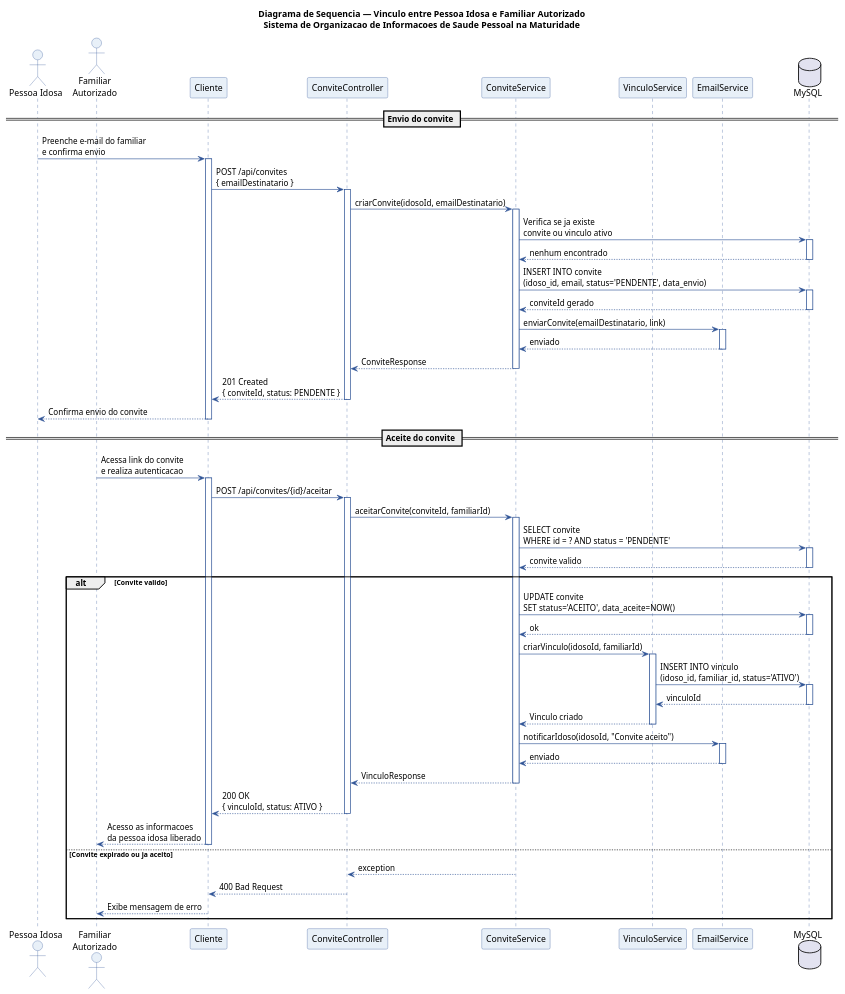
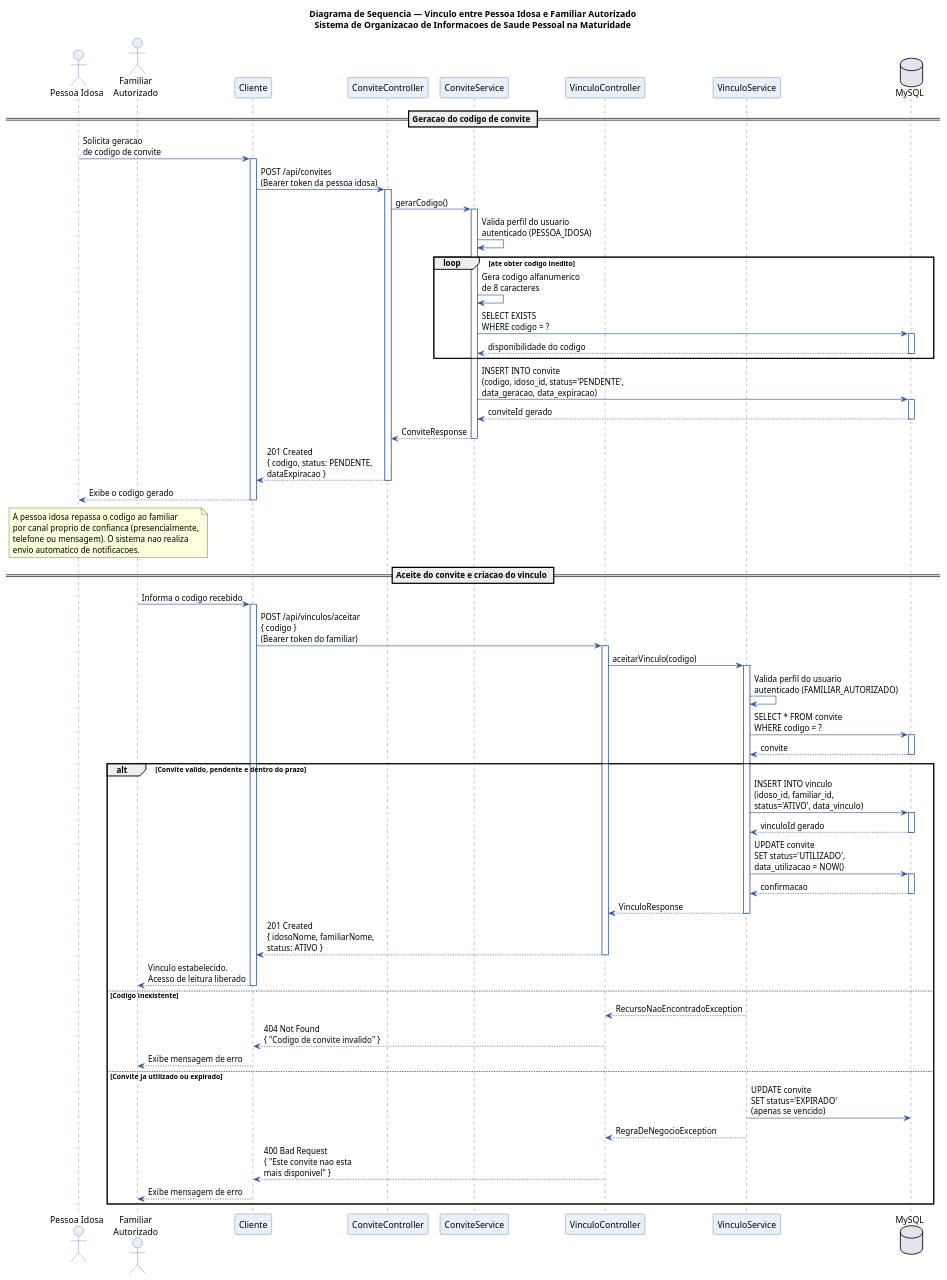
Before and after one commit to VitorAzevedo1/tcc-vitor-hugo-franco: the diagram in saude-maturidade/docs/diagrama-sequencia-vinculo.puml, drawn with PlantUML. The commit also changed 2 other files, not shown here.

Commit message:
Estruturando melhor o README.md e subindo arquivos dos diagramas

```diff
--- a/saude-maturidade/docs/diagrama-sequencia-vinculo.puml
+++ b/saude-maturidade/docs/diagrama-sequencia-vinculo.puml
@@ -1,111 +1,115 @@
 @startuml Diagrama de Sequencia - Vinculo Idoso-Familiar
 
 skinparam sequence {
     ArrowColor #2F5496
     LifeLineBorderColor #2F5496
     ParticipantBorderColor #2F5496
     ParticipantBackgroundColor #E8F0F8
     ActorBorderColor #2F5496
     ActorBackgroundColor #E8F0F8
 }
 
 title Diagrama de Sequencia — Vinculo entre Pessoa Idosa e Familiar Autorizado\nSistema de Organizacao de Informacoes de Saude Pessoal na Maturidade
 
 actor "Pessoa Idosa" as idoso
 actor "Familiar\nAutorizado" as familiar
 participant "Cliente" as client
 participant "ConviteController" as conviteCtrl
 participant "ConviteService" as conviteSvc
+participant "VinculoController" as vinculoCtrl
 participant "VinculoService" as vinculoSvc
-participant "EmailService" as email
 database "MySQL" as db
 
-== Envio do convite ==
+== Geracao do codigo de convite ==
 
-idoso -> client : Preenche e-mail do familiar\ne confirma envio
+idoso -> client : Solicita geracao\nde codigo de convite
 activate client
 
-client -> conviteCtrl : POST /api/convites\n{ emailDestinatario }
+client -> conviteCtrl : POST /api/convites\n(Bearer token da pessoa idosa)
 activate conviteCtrl
 
-conviteCtrl -> conviteSvc : criarConvite(idosoId, emailDestinatario)
+conviteCtrl -> conviteSvc : gerarCodigo()
 activate conviteSvc
 
-conviteSvc -> db : Verifica se ja existe\nconvite ou vinculo ativo
-activate db
-db --> conviteSvc : nenhum encontrado
-deactivate db
+conviteSvc -> conviteSvc : Valida perfil do usuario\nautenticado (PESSOA_IDOSA)
 
-conviteSvc -> db : INSERT INTO convite\n(idoso_id, email, status='PENDENTE', data_envio)
+loop ate obter codigo inedito
+    conviteSvc -> conviteSvc : Gera codigo alfanumerico\nde 8 caracteres
+    conviteSvc -> db : SELECT EXISTS\nWHERE codigo = ?
+    activate db
+    db --> conviteSvc : disponibilidade do codigo
+    deactivate db
+end
+
+conviteSvc -> db : INSERT INTO convite\n(codigo, idoso_id, status='PENDENTE',\ndata_geracao, data_expiracao)
 activate db
 db --> conviteSvc : conviteId gerado
 deactivate db
 
-conviteSvc -> email : enviarConvite(emailDestinatario, link)
-activate email
-email --> conviteSvc : enviado
-deactivate email
-
 conviteSvc --> conviteCtrl : ConviteResponse
 deactivate conviteSvc
 
-conviteCtrl --> client : 201 Created\n{ conviteId, status: PENDENTE }
+conviteCtrl --> client : 201 Created\n{ codigo, status: PENDENTE,\ndataExpiracao }
 deactivate conviteCtrl
 
-client --> idoso : Confirma envio do convite
+client --> idoso : Exibe o codigo gerado
 deactivate client
 
-== Aceite do convite ==
+note over idoso, familiar
+  A pessoa idosa repassa o codigo ao familiar
+  por canal proprio de confianca (presencialmente,
+  telefone ou mensagem). O sistema nao realiza
+  envio automatico de notificacoes.
+end note
 
-familiar -> client : Acessa link do convite\ne realiza autenticacao
+== Aceite do convite e criacao do vinculo ==
+
+familiar -> client : Informa o codigo recebido
 activate client
 
-client -> conviteCtrl : POST /api/convites/{id}/aceitar
-activate conviteCtrl
+client -> vinculoCtrl : POST /api/vinculos/aceitar\n{ codigo }\n(Bearer token do familiar)
+activate vinculoCtrl
 
-conviteCtrl -> conviteSvc : aceitarConvite(conviteId, familiarId)
-activate conviteSvc
+vinculoCtrl -> vinculoSvc : aceitarVinculo(codigo)
+activate vinculoSvc
 
-conviteSvc -> db : SELECT convite\nWHERE id = ? AND status = 'PENDENTE'
+vinculoSvc -> vinculoSvc : Valida perfil do usuario\nautenticado (FAMILIAR_AUTORIZADO)
+
+vinculoSvc -> db : SELECT * FROM convite\nWHERE codigo = ?
 activate db
-db --> conviteSvc : convite valido
+db --> vinculoSvc : convite
 deactivate db
 
-alt Convite valido
-    conviteSvc -> db : UPDATE convite\nSET status='ACEITO', data_aceite=NOW()
+alt Convite valido, pendente e dentro do prazo
+    vinculoSvc -> db : INSERT INTO vinculo\n(idoso_id, familiar_id,\nstatus='ATIVO', data_vinculo)
     activate db
-    db --> conviteSvc : ok
+    db --> vinculoSvc : vinculoId gerado
     deactivate db
 
-    conviteSvc -> vinculoSvc : criarVinculo(idosoId, familiarId)
-    activate vinculoSvc
-
-    vinculoSvc -> db : INSERT INTO vinculo\n(idoso_id, familiar_id, status='ATIVO')
+    vinculoSvc -> db : UPDATE convite\nSET status='UTILIZADO',\ndata_utilizacao = NOW()
     activate db
-    db --> vinculoSvc : vinculoId
+    db --> vinculoSvc : confirmacao
     deactivate db
 
-    vinculoSvc --> conviteSvc : Vinculo criado
+    vinculoSvc --> vinculoCtrl : VinculoResponse
     deactivate vinculoSvc
 
-    conviteSvc -> email : notificarIdoso(idosoId, "Convite aceito")
-    activate email
-    email --> conviteSvc : enviado
-    deactivate email
+    vinculoCtrl --> client : 201 Created\n{ idosoNome, familiarNome,\nstatus: ATIVO }
+    deactivate vinculoCtrl
 
-    conviteSvc --> conviteCtrl : VinculoResponse
-    deactivate conviteSvc
-
-    conviteCtrl --> client : 200 OK\n{ vinculoId, status: ATIVO }
-    deactivate conviteCtrl
-
-    client --> familiar : Acesso as informacoes\nda pessoa idosa liberado
+    client --> familiar : Vinculo estabelecido.\nAcesso de leitura liberado
     deactivate client
 
-else Convite expirado ou ja aceito
-    conviteSvc --> conviteCtrl : exception
-    conviteCtrl --> client : 400 Bad Request
+else Codigo inexistente
+    vinculoSvc --> vinculoCtrl : RecursoNaoEncontradoException
+    vinculoCtrl --> client : 404 Not Found\n{ "Codigo de convite invalido" }
+    client --> familiar : Exibe mensagem de erro
+
+else Convite ja utilizado ou expirado
+    vinculoSvc -> db : UPDATE convite\nSET status='EXPIRADO'\n(apenas se vencido)
+    vinculoSvc --> vinculoCtrl : RegraDeNegocioException
+    vinculoCtrl --> client : 400 Bad Request\n{ "Este convite nao esta\nmais disponivel" }
     client --> familiar : Exibe mensagem de erro
 end
 
 @enduml
```
